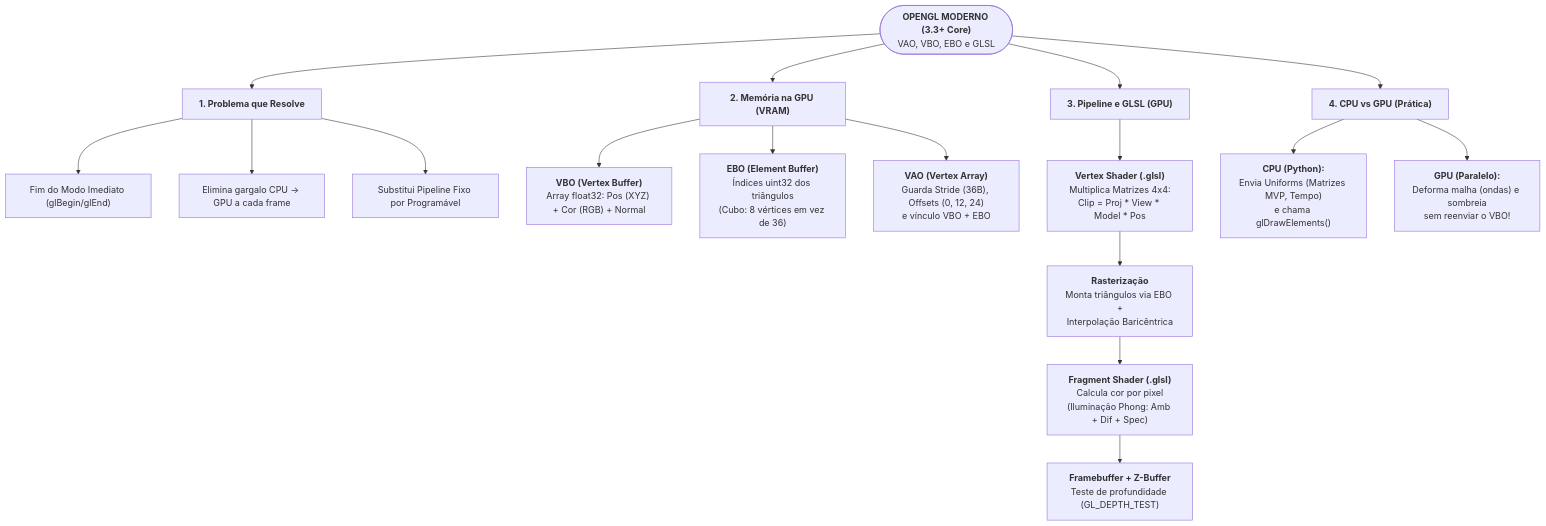
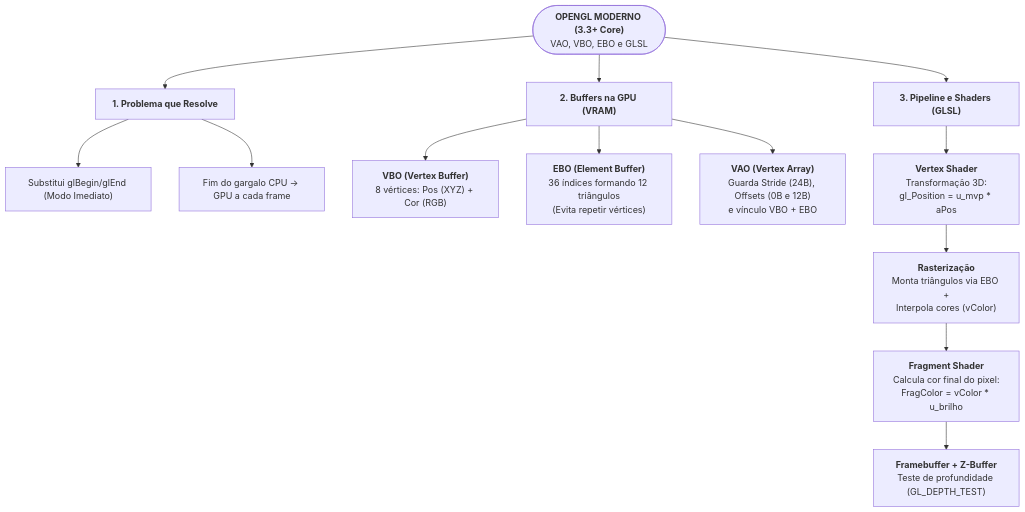
The diagram in GUIA_DOMINIO_CODIGO.md (EduRizzotto/OpenGL-Moderno), drawn with Mermaid before and after one commit. The commit also changed other lines of this file and 14 other files, not shown here.

````diff
--- a/GUIA_DOMINIO_CODIGO.md
+++ b/GUIA_DOMINIO_CODIGO.md
@@ -97,24 +74,19 @@
 ```mermaid
 flowchart TD
     CENTRAL(["<b>OPENGL MODERNO (3.3+ Core)</b><br/>VAO, VBO, EBO e GLSL"])
 
     CENTRAL --> PROB["<b>1. Problema que Resolve</b>"]
-    PROB --> P1["Fim do Modo Imediato (glBegin/glEnd)"]
-    PROB --> P2["Elimina gargalo CPU -> GPU a cada frame"]
-    PROB --> P3["Substitui Pipeline Fixo por Programável"]
+    PROB --> P1["Substitui glBegin/glEnd (Modo Imediato)"]
+    PROB --> P2["Fim do gargalo CPU -> GPU a cada frame"]
 
-    CENTRAL --> MEM["<b>2. Memória na GPU (VRAM)</b>"]
-    MEM --> VBO["<b>VBO (Vertex Buffer)</b><br/>Array float32: Pos (XYZ) + Cor (RGB) + Normal"]
-    MEM --> EBO["<b>EBO (Element Buffer)</b><br/>Índices uint32 dos triângulos<br/>(Cubo: 8 vértices em vez de 36)"]
-    MEM --> VAO["<b>VAO (Vertex Array)</b><br/>Guarda Stride (36B), Offsets (0, 12, 24)<br/>e vínculo VBO + EBO"]
+    CENTRAL --> MEM["<b>2. Buffers na GPU (VRAM)</b>"]
+    MEM --> VBO["<b>VBO (Vertex Buffer)</b><br/>8 vértices: Pos (XYZ) + Cor (RGB)"]
+    MEM --> EBO["<b>EBO (Element Buffer)</b><br/>36 índices formando 12 triângulos<br/>(Evita repetir vértices)"]
+    MEM --> VAO["<b>VAO (Vertex Array)</b><br/>Guarda Stride (24B), Offsets (0B e 12B)<br/>e vínculo VBO + EBO"]
 
-    CENTRAL --> PIPE["<b>3. Pipeline e GLSL (GPU)</b>"]
-    PIPE --> VS["<b>Vertex Shader (.glsl)</b><br/>Multiplica Matrizes 4x4:<br/>Clip = Proj * View * Model * Pos"]
-    VS --> RAST["<b>Rasterização</b><br/>Monta triângulos via EBO +<br/>Interpolação Baricêntrica"]
-    RAST --> FS["<b>Fragment Shader (.glsl)</b><br/>Calcula cor por pixel<br/>(Iluminação Phong: Amb + Dif + Spec)"]
+    CENTRAL --> PIPE["<b>3. Pipeline e Shaders (GLSL)</b>"]
+    PIPE --> VS["<b>Vertex Shader</b><br/>Transformação 3D:<br/>gl_Position = u_mvp * aPos"]
+    VS --> RAST["<b>Rasterização</b><br/>Monta triângulos via EBO +<br/>Interpola cores (vColor)"]
+    RAST --> FS["<b>Fragment Shader</b><br/>Calcula cor final do pixel:<br/>FragColor = vColor * u_brilho"]
     FS --> FB["<b>Framebuffer + Z-Buffer</b><br/>Teste de profundidade (GL_DEPTH_TEST)"]
-
-    CENTRAL --> COMP["<b>4. CPU vs GPU (Prática)</b>"]
-    COMP --> CPU_ROLE["<b>CPU (Python):</b><br/>Envia Uniforms (Matrizes MVP, Tempo)<br/>e chama glDrawElements()"]
-    COMP --> GPU_ROLE["<b>GPU (Paralelo):</b><br/>Deforma malha (ondas) e sombreia<br/>sem reenviar o VBO!"]
 ```
````
